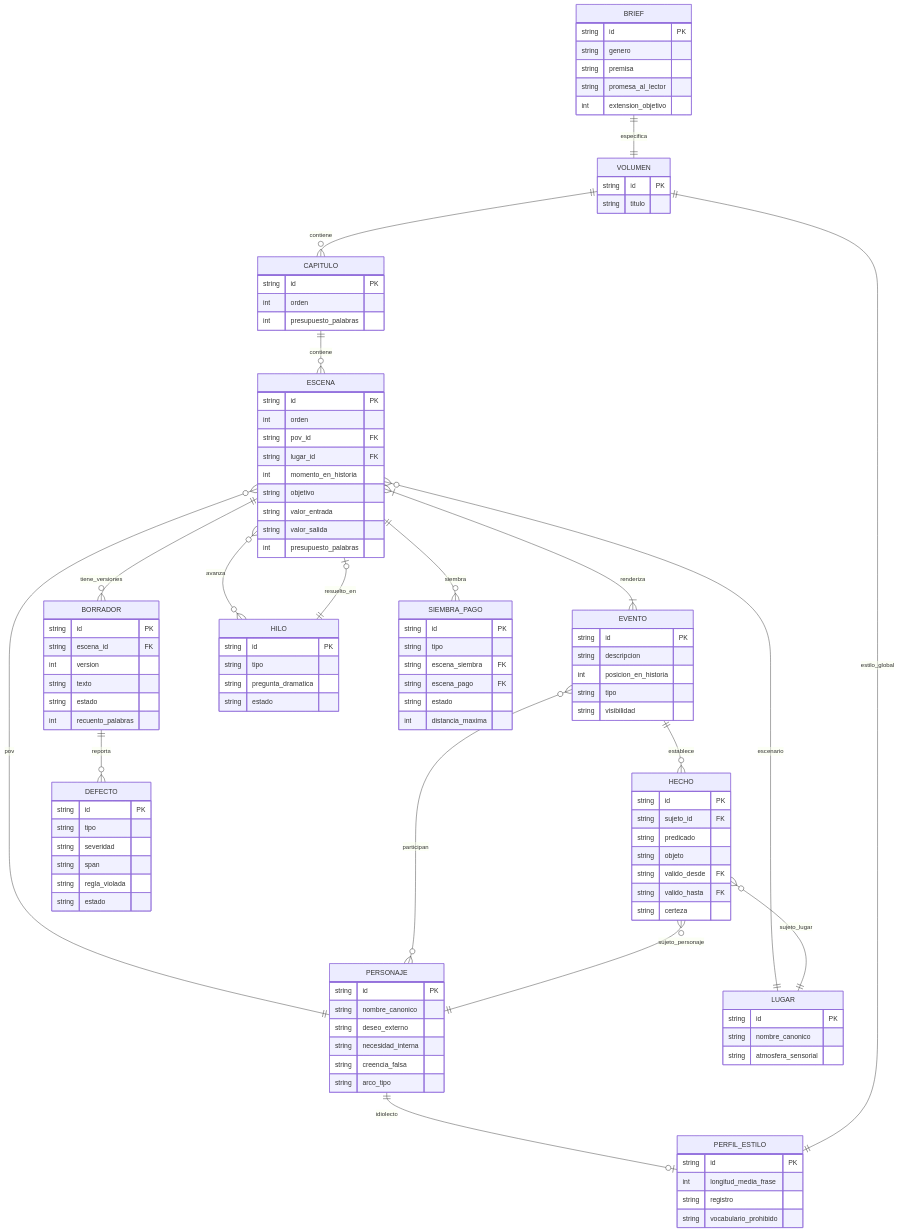
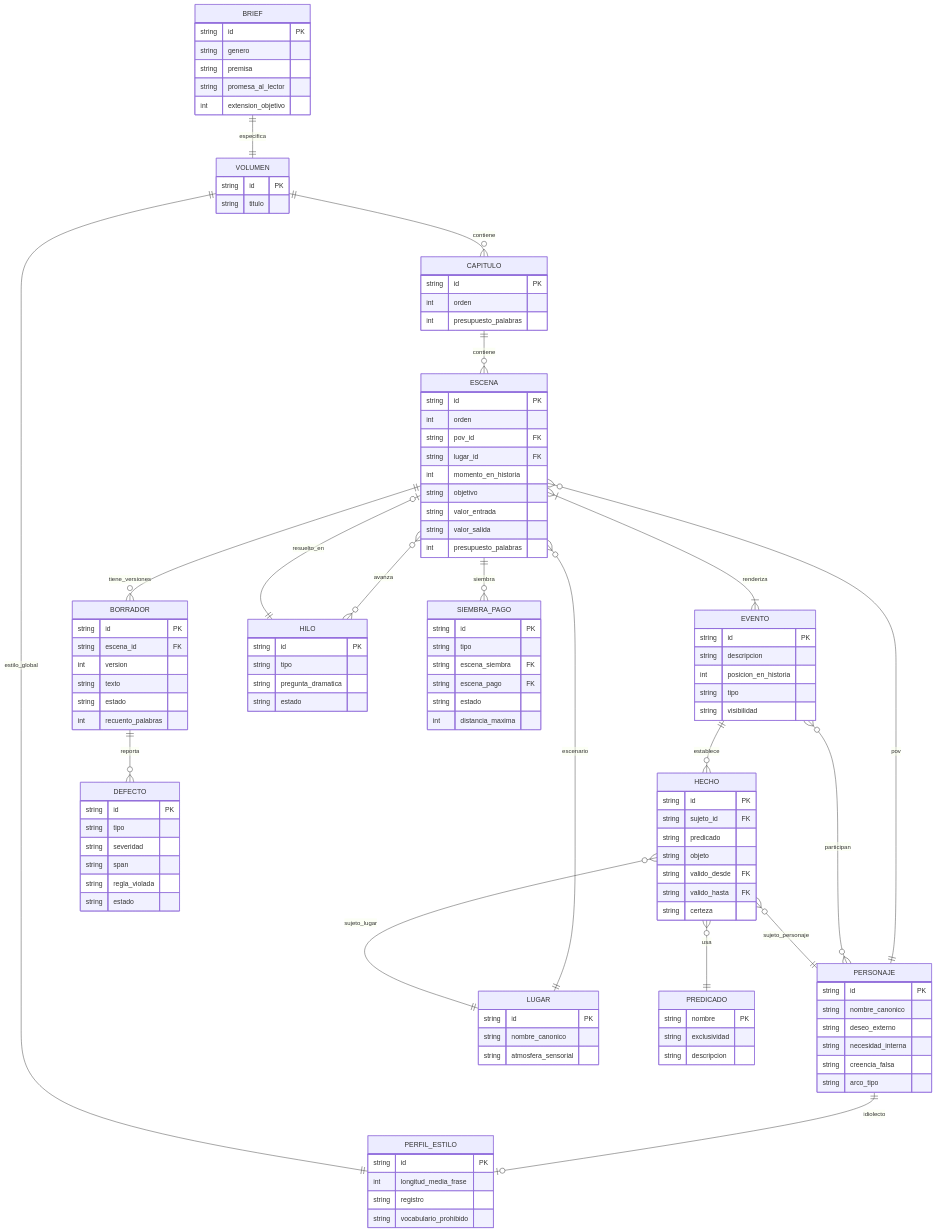
Before and after one commit to NabeelKazi12/MyStoryMaker: the eighth of 8 diagrams in docs/domain-knowledge.md, drawn with Mermaid. The commit also changed other lines of this file and 7 other files, not shown here.

```diff
--- a/docs/domain-knowledge.md
+++ b/docs/domain-knowledge.md
@@ -441,6 +441,7 @@
     ESCENA ||--o{ SIEMBRA_PAGO : siembra
     EVENTO ||--o{ HECHO : establece
     EVENTO }o--o{ PERSONAJE : participan
+    HECHO }o--|| PREDICADO : usa
     HECHO }o--|| PERSONAJE : sujeto_personaje
     HECHO }o--|| LUGAR : sujeto_lugar
     PERSONAJE ||--o| PERFIL_ESTILO : idiolecto
@@ -474,6 +475,11 @@
         int posicion_en_historia
         string tipo
         string visibilidad
+    }
+    PREDICADO {
+        string nombre PK
+        string exclusividad
+        string descripcion
     }
     HECHO {
         string id PK
```
